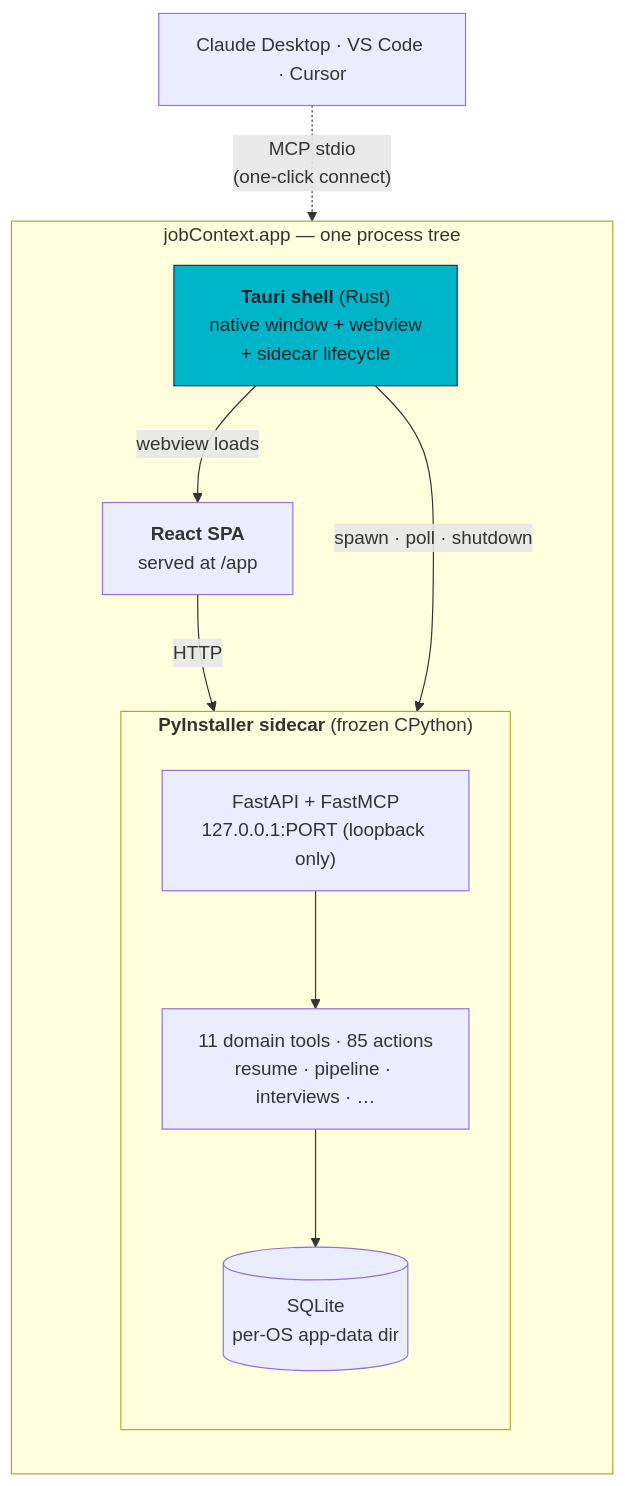
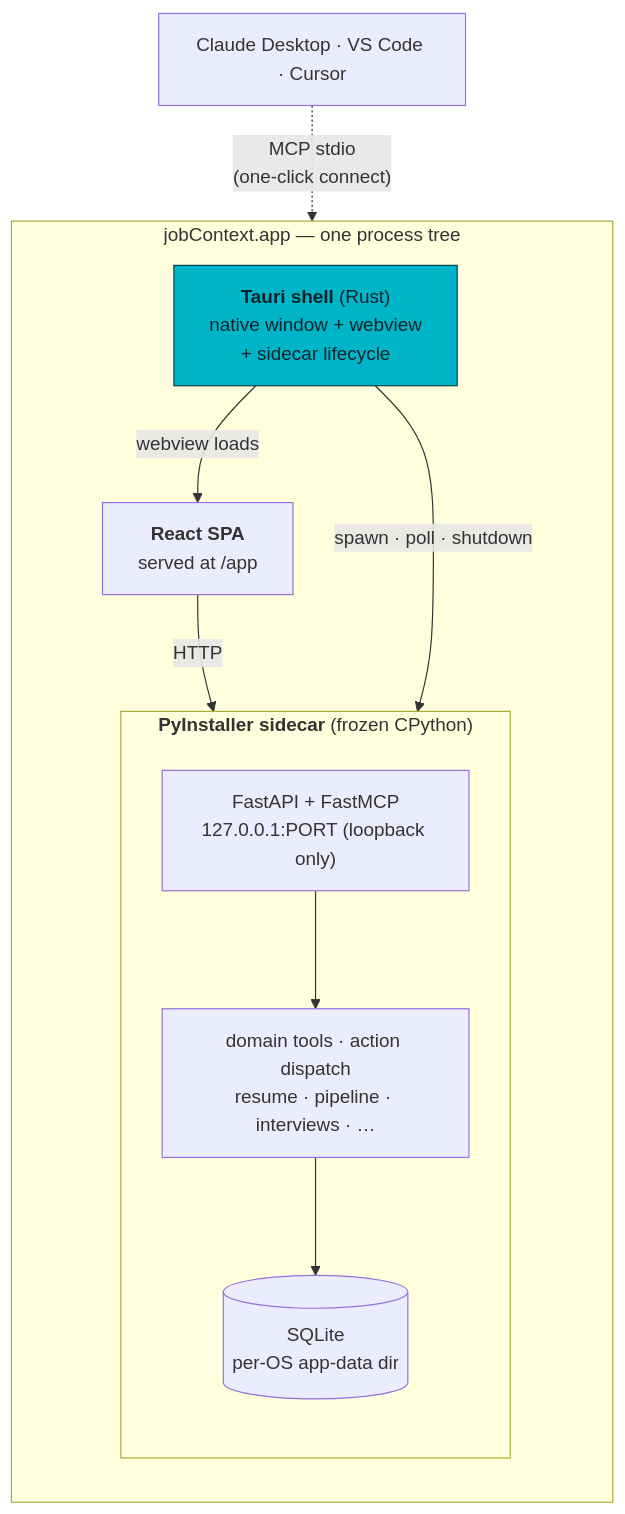
The first of 4 diagrams in desktop/README.md (JustLikeFrank3/jobContextMCP), drawn with Mermaid before and after one commit. The commit also changed other lines of this file and 14 other files, not shown here.

````diff
--- a/desktop/README.md
+++ b/desktop/README.md
@@ -80,22 +80,22 @@
 ```mermaid
 flowchart TB
     subgraph app["jobContext.app — one process tree"]
         direction TB
         shell["<b>Tauri shell</b> (Rust)<br/>native window + webview<br/>+ sidecar lifecycle"]
         spa["<b>React SPA</b><br/>served at /app"]
         subgraph sidecar["<b>PyInstaller sidecar</b> (frozen CPython)"]
             direction TB
             api["FastAPI + FastMCP<br/>127.0.0.1:PORT (loopback only)"]
-            tools["11 domain tools · 85 actions<br/>resume · pipeline · interviews · …"]
+            tools["domain tools · action dispatch<br/>resume · pipeline · interviews · …"]
             db[("SQLite<br/>per-OS app-data dir")]
             api --> tools --> db
         end
     end
     shell -->|"spawn · poll · shutdown"| sidecar
     shell -->|"webview loads"| spa
     spa -->|"HTTP"| api
     ext["Claude Desktop · VS Code · Cursor"] -.->|"MCP stdio<br/>(one-click connect)"| sidecar
 
     classDef accent fill:#00B5C8,stroke:#0a3d47,color:#06222a;
     class shell accent
 ```
````
